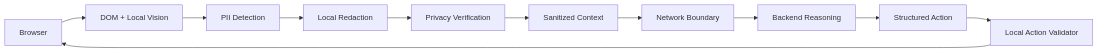
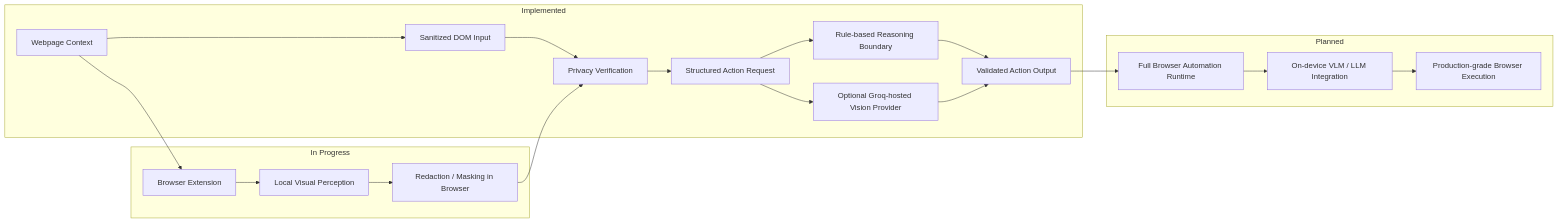
The diagram in README.md (shivani-singh90811/SIH2026), drawn with Mermaid before and after one commit. The commit also changed other lines of this file, not shown here.

````diff
--- a/README.md
+++ b/README.md
@@ -50,13 +67,32 @@
 ```mermaid
 flowchart LR
-    A[Browser] --> B[DOM + Local Vision]
-    B --> C[PII Detection]
-    C --> D[Local Redaction]
-    D --> E[Privacy Verification]
-    E --> F[Sanitized Context]
-    F --> G[Network Boundary]
-    G --> H[Backend Reasoning]
-    H --> I[Structured Action]
-    I --> J[Local Action Validator]
-    J --> A
+    subgraph Implemented[Implemented]
+        A[Webpage Context] --> B[Sanitized DOM Input]
+        B --> C[Privacy Verification]
+        C --> D[Structured Action Request]
+        D --> E[Rule-based Reasoning Boundary]
+        E --> F[Validated Action Output]
+        D --> M[Optional Groq-hosted Vision Provider]
+        M --> F
+    end
+
+    subgraph InProgress[In Progress]
+        G[Browser Extension]
+        H[Local Visual Perception]
+        I[Redaction / Masking in Browser]
+    end
+
+    subgraph Planned[Planned]
+        J[Full Browser Automation Runtime]
+        K[On-device VLM / LLM Integration]
+        L[Production-grade Browser Execution]
+    end
+
+    A --> G
+    G --> H
+    H --> I
+    I --> C
+    F --> J
+    J --> K
+    K --> L
 ```
````
